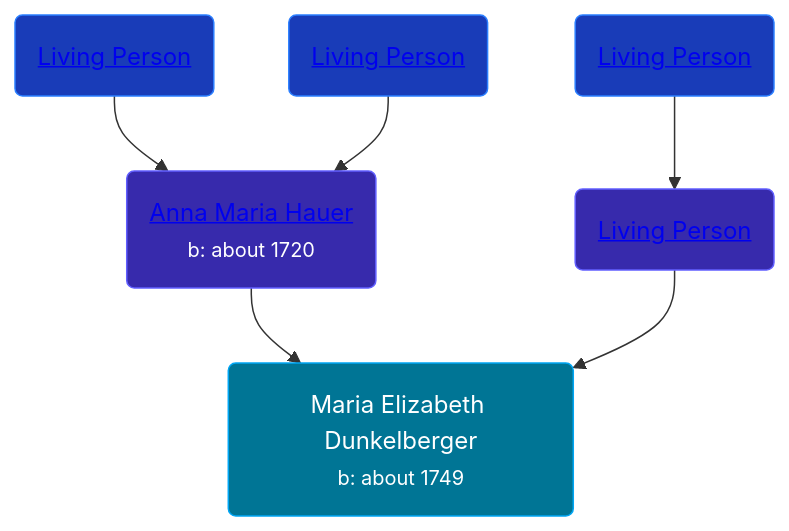
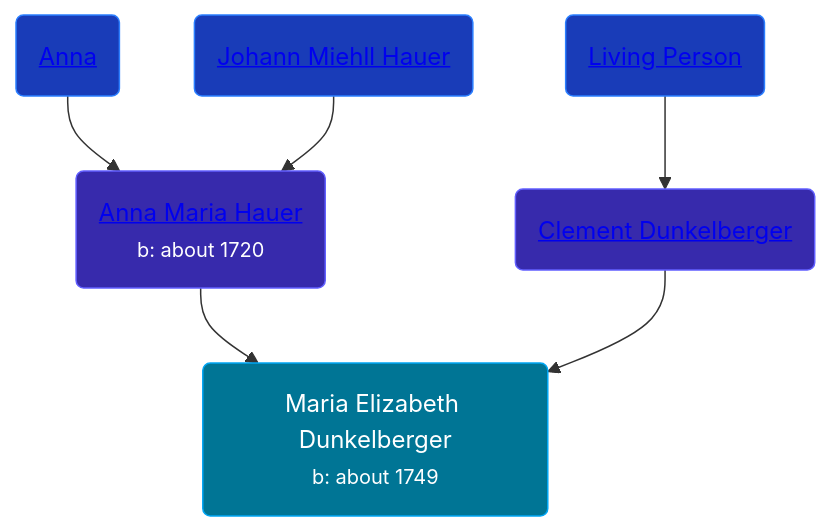
One commit to wpmgotkh/wpmgotkh.github.io changed the diagram in pages/people/6/68027592.md. Above: the diagram before and after it, drawn with Mermaid. The commit also changed other lines of this file and 586 other files, not shown here.

Commit message:
feat: better shouldConsiderPersonLiving algo

````diff
--- a/pages/people/6/68027592.md
+++ b/pages/people/6/68027592.md
@@ -11,12 +11,12 @@
 ```mermaid
 graph
 classDef grands fill:#193cb8,stroke:#2b7fff,stroke-width:1px,color:#fff;
 classDef parents fill:#372aac,stroke:#615fff,stroke-width:1px,color:#fff;
 classDef primary fill:#007595,stroke:#00a6f4,stroke-width:1px,color:#fff;
 68027592(Maria Elizabeth Dunkelberger<br /><small>b: about 1749</small>):::primary
 22963774(<a class="text-white" href="/people/2/22963774">Anna Maria Hauer</a><br /><small>b: about 1720</small>):::parents-->68027592
-46044031(<a class="text-white" href="/people/4/46044031">Living Person</a>):::grands-->22963774
-22920858(<a class="text-white" href="/people/2/22920858">Living Person</a>):::grands-->22963774
-13545057(<a class="text-white" href="/people/1/13545057">Living Person</a>):::parents-->68027592
+46044031(<a class="text-white" href="/people/4/46044031">Anna </a>):::grands-->22963774
+22920858(<a class="text-white" href="/people/2/22920858">Johann Miehll Hauer</a>):::grands-->22963774
+13545057(<a class="text-white" href="/people/1/13545057">Clement Dunkelberger</a>):::parents-->68027592
 18284468(<a class="text-white" href="/people/1/18284468">Living Person</a>):::grands-->13545057
 ```
````
